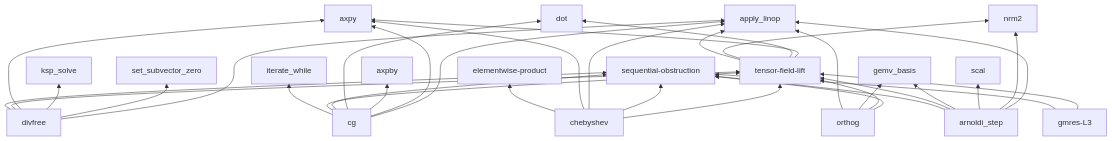
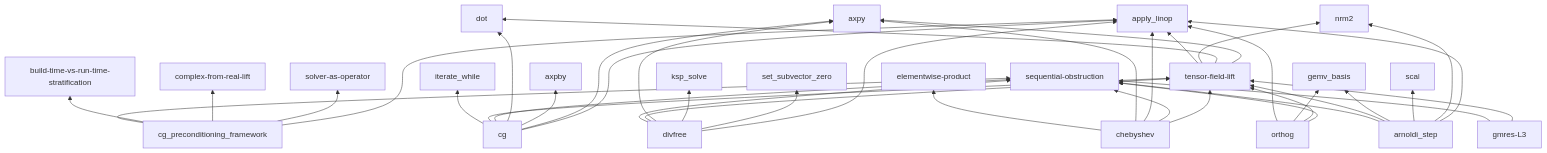
One commit to crutcher/palace_whiteroom changed the fifth of 6 diagrams in book/src/concepts/dependency-map.md. Above: the diagram before and after it, drawn with Mermaid. The commit also changed other lines of this file and 9 other files, not shown here.

Commit message:
cycle: forward cg_preconditioning_framework [L2→L3] → pass

````diff
--- a/book/src/concepts/dependency-map.md
+++ b/book/src/concepts/dependency-map.md
@@ -251,37 +255,42 @@
 ```mermaid
 graph BT
   tensor-field-lift --> axpy
   tensor-field-lift --> dot
   tensor-field-lift --> nrm2
   tensor-field-lift --> apply_linop
   gmres-L3 --> tensor-field-lift
   gmres-L3 --> sequential-obstruction
   divfree --> apply_linop
   divfree --> set_subvector_zero
   divfree --> ksp_solve
   divfree --> axpy
   divfree --> tensor-field-lift
   divfree --> sequential-obstruction
   orthog --> sequential-obstruction
   orthog --> tensor-field-lift
   orthog --> gemv_basis
   orthog --> apply_linop
   chebyshev --> tensor-field-lift
   chebyshev --> sequential-obstruction
   chebyshev --> apply_linop
   chebyshev --> axpy
   chebyshev --> elementwise-product
   cg --> apply_linop
   cg --> axpy
   cg --> axpby
   cg --> dot
   cg --> sequential-obstruction
   cg --> tensor-field-lift
   arnoldi_step --> apply_linop
   arnoldi_step --> nrm2
   arnoldi_step --> scal
   arnoldi_step --> gemv_basis
   arnoldi_step --> tensor-field-lift
   arnoldi_step --> sequential-obstruction
   cg --> iterate_while
+  cg_preconditioning_framework --> apply_linop
+  cg_preconditioning_framework --> solver-as-operator
+  cg_preconditioning_framework --> complex-from-real-lift
+  cg_preconditioning_framework --> build-time-vs-run-time-stratification
+  cg_preconditioning_framework --> sequential-obstruction
 ```
````
